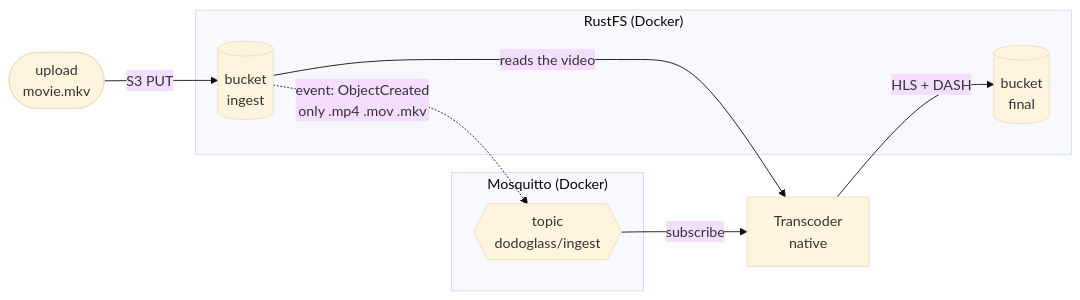
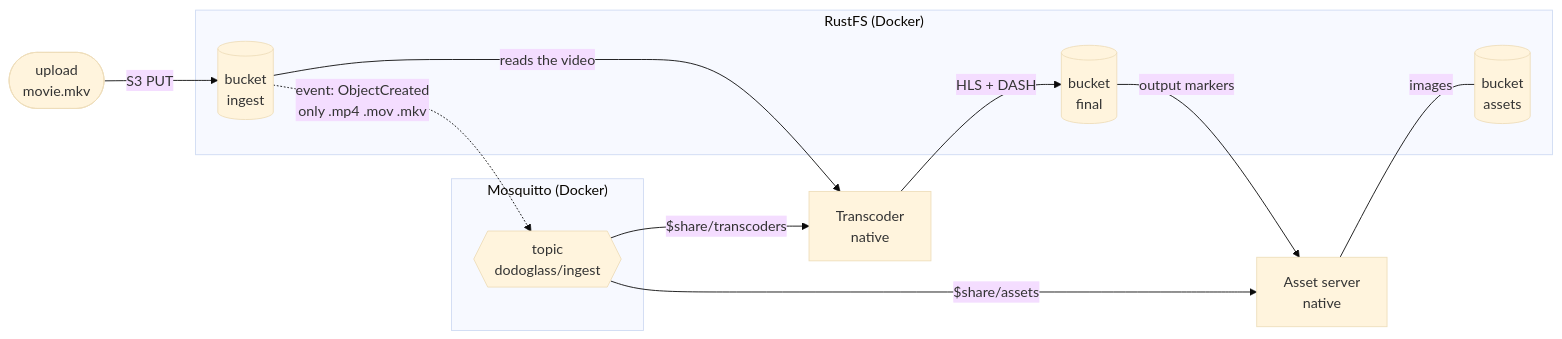
One commit to Domeimeie/DodoGlass changed the diagram in docs/architecture/infrastructure.md. Above: the diagram before and after it, drawn with Mermaid (base theme). The commit also changed other lines of this file and 4 other files, not shown here.

First line of the commit message:
Document the asset server: what is built, how to run it, how to test it

````diff
--- a/docs/architecture/infrastructure.md
+++ b/docs/architecture/infrastructure.md
@@ -32,15 +32,19 @@
 ```mermaid
 flowchart LR
     User([upload<br/>movie.mkv]) -->|S3 PUT| Ingest
     subgraph RustFS["RustFS (Docker)"]
         Ingest[("bucket<br/>ingest")]
         Final[("bucket<br/>final")]
+        Assets[("bucket<br/>assets")]
     end
     Ingest -.->|"event: ObjectCreated<br/>only .mp4 .mov .mkv"| Broker
     subgraph Mosquitto["Mosquitto (Docker)"]
         Broker{{"topic<br/>dodoglass/ingest"}}
     end
-    Broker -->|subscribe| T[Transcoder<br/>native]
+    Broker -->|"$share/transcoders"| T[Transcoder<br/>native]
+    Broker -->|"$share/assets"| A[Asset server<br/>native]
     Ingest -->|reads the video| T
     T -->|HLS + DASH| Final
+    Final -->|output markers| A
+    A ---|images| Assets
 ```
````
